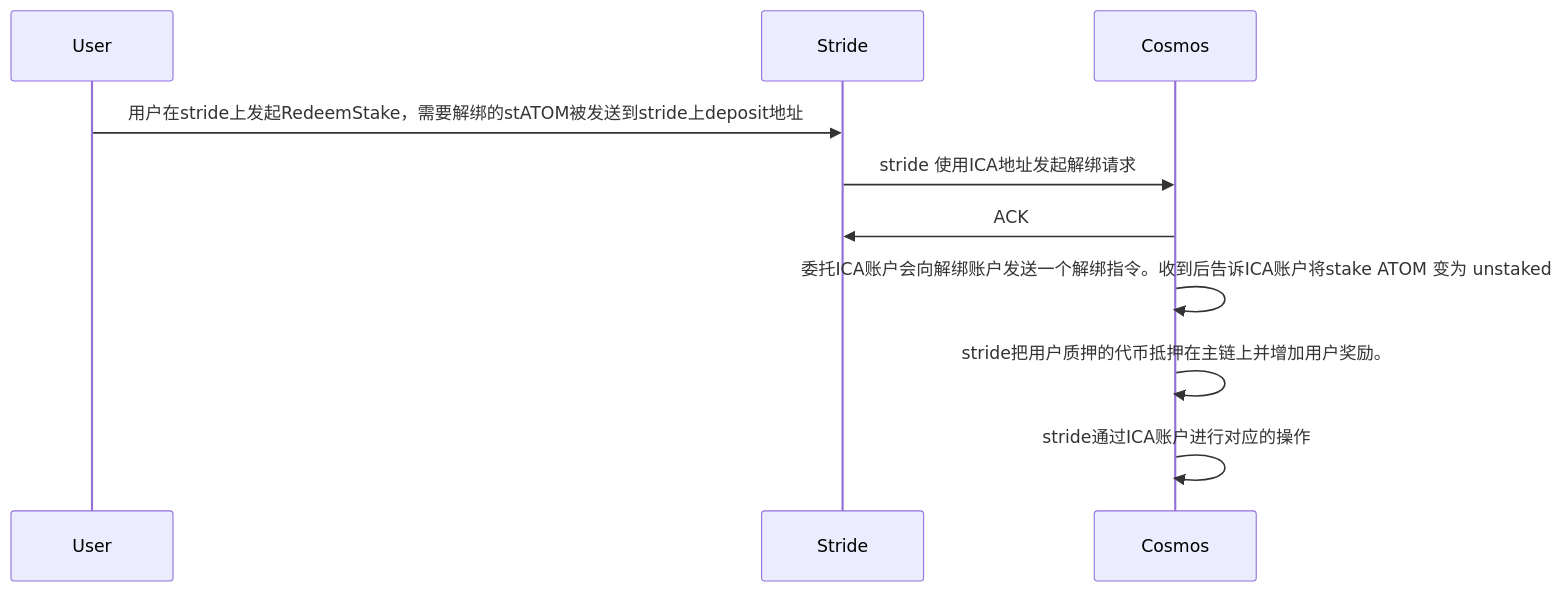
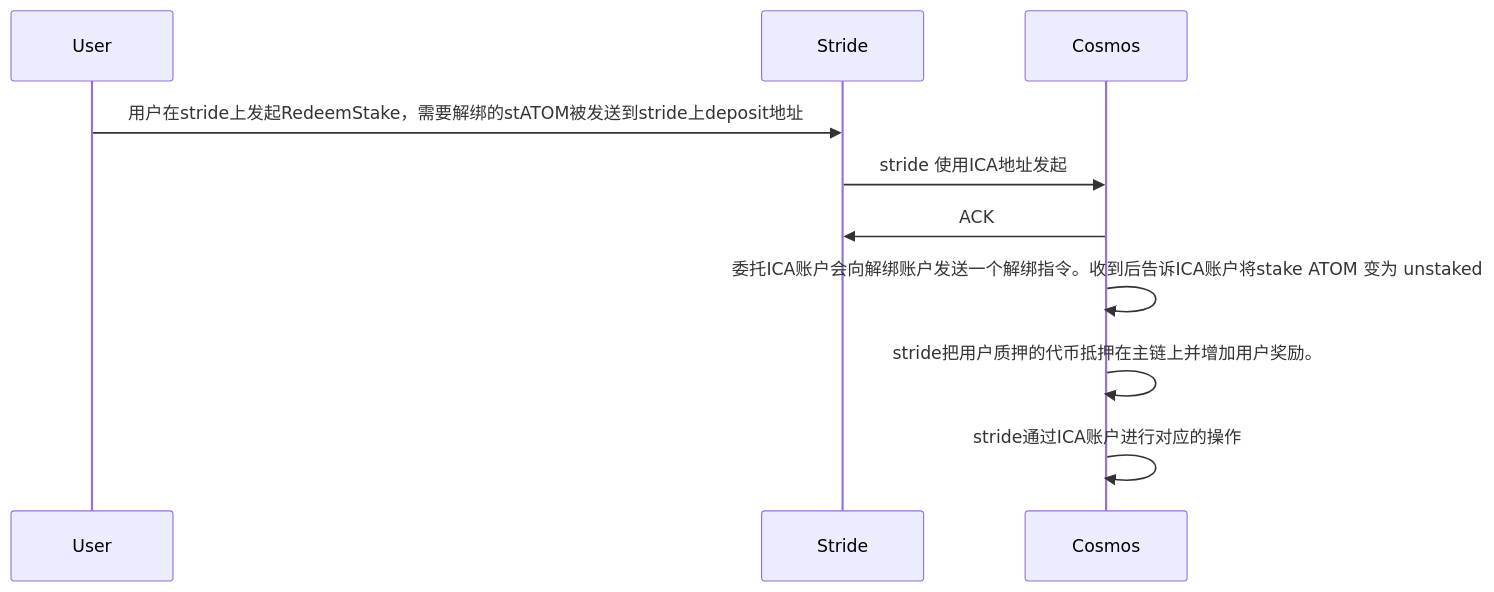
Before and after one commit to yingjianzh/iodraw-files: the diagram in all/unbonding.md, drawn with Mermaid.

Commit message:
2024-03-28 15:31:13 update

````diff
--- a/all/unbonding.md
+++ b/all/unbonding.md
@@ -1,9 +1,9 @@
 ```mermaid
 sequenceDiagram
     User->>Stride: 用户在stride上发起RedeemStake，需要解绑的stATOM被发送到stride上deposit地址
-    Stride->>Cosmos: stride 使用ICA地址发起解绑请求
+    Stride->>Cosmos: stride 使用ICA地址发起
     Cosmos->>Stride: ACK
     Cosmos->>Cosmos: 委托ICA账户会向解绑账户发送一个解绑指令。收到后告诉ICA账户将stake ATOM 变为 unstaked
     Cosmos->>Cosmos: stride把用户质押的代币抵押在主链上并增加用户奖励。
     Cosmos->>Cosmos: stride通过ICA账户进行对应的操作
 ```
````
